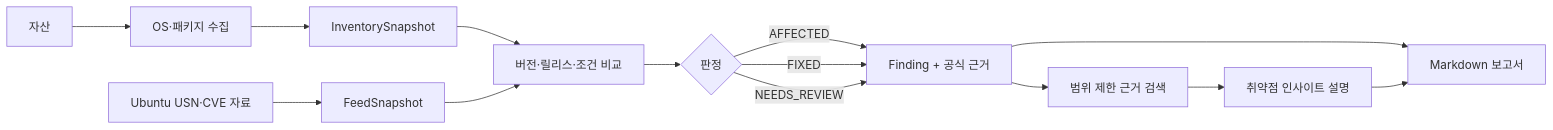
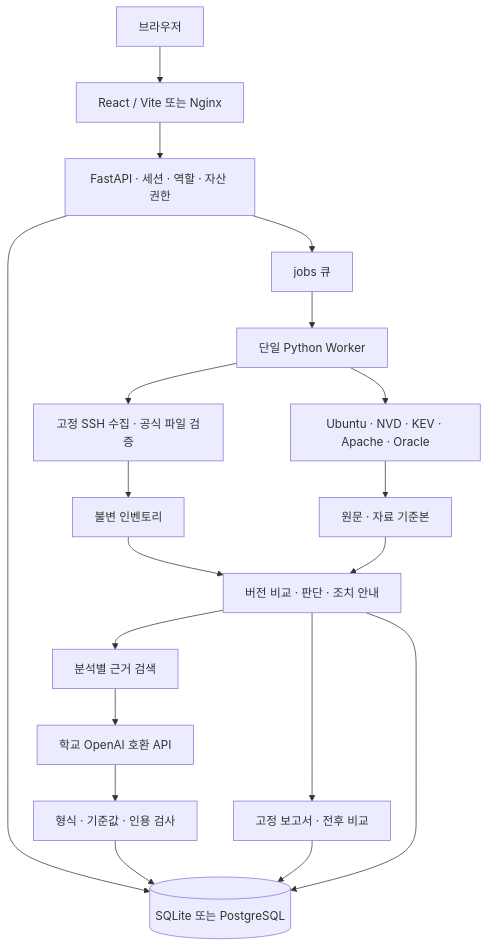
The diagram in docs/architecture.md (Keeper-BM/cti-agent), drawn with Mermaid before and after one commit. The commit also changed other lines of this file and 199 other files, not shown here.

````diff
--- a/docs/architecture.md
+++ b/docs/architecture.md
@@ -185,16 +5,21 @@
 ```mermaid
-flowchart LR
-    Asset[자산] --> Collect[OS·패키지 수집]
-    Collect --> Snapshot[InventorySnapshot]
-    Source[Ubuntu USN·CVE 자료] --> Normalize[FeedSnapshot]
-    Snapshot --> Assess[버전·릴리스·조건 비교]
-    Normalize --> Assess
-    Assess --> Verdict{판정}
-    Verdict -->|AFFECTED| Finding[Finding + 공식 근거]
-    Verdict -->|FIXED| Finding
-    Verdict -->|NEEDS_REVIEW| Finding
-    Finding --> Retrieve[범위 제한 근거 검색]
-    Finding --> Report[Markdown 보고서]
-    Retrieve --> Explain[취약점 인사이트 설명]
-    Explain --> Report
+flowchart TB
+  U[브라우저] --> W[React / Vite 또는 Nginx]
+  W --> API[FastAPI · 세션 · 역할 · 자산 권한]
+  API --> DB[(SQLite 또는 PostgreSQL)]
+  API --> Q[jobs 큐]
+  Q --> Worker[단일 Python Worker]
+  Worker --> C[고정 SSH 수집 · 공식 파일 검증]
+  Worker --> S[Ubuntu · NVD · KEV · Apache · Oracle]
+  C --> I[불변 인벤토리]
+  S --> F[원문 · 자료 기준본]
+  I --> A[버전 비교 · 판단 · 조치 안내]
+  F --> A
+  A --> R[분석별 근거 검색]
+  R --> L[학교 OpenAI 호환 API]
+  L --> V[형식 · 기준값 · 인용 검사]
+  A --> P[고정 보고서 · 전후 비교]
+  V --> DB
+  P --> DB
+  A --> DB
 ```
````
